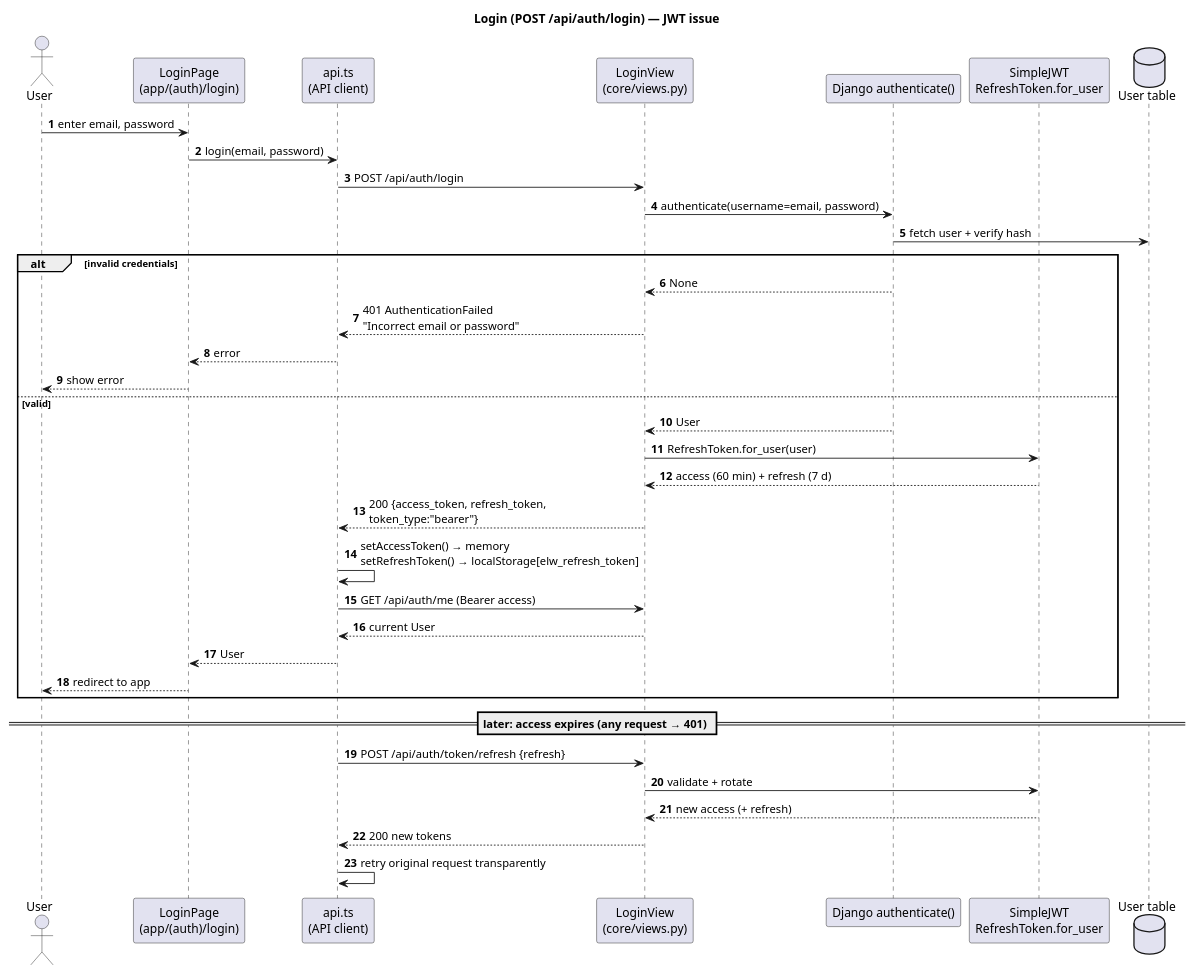
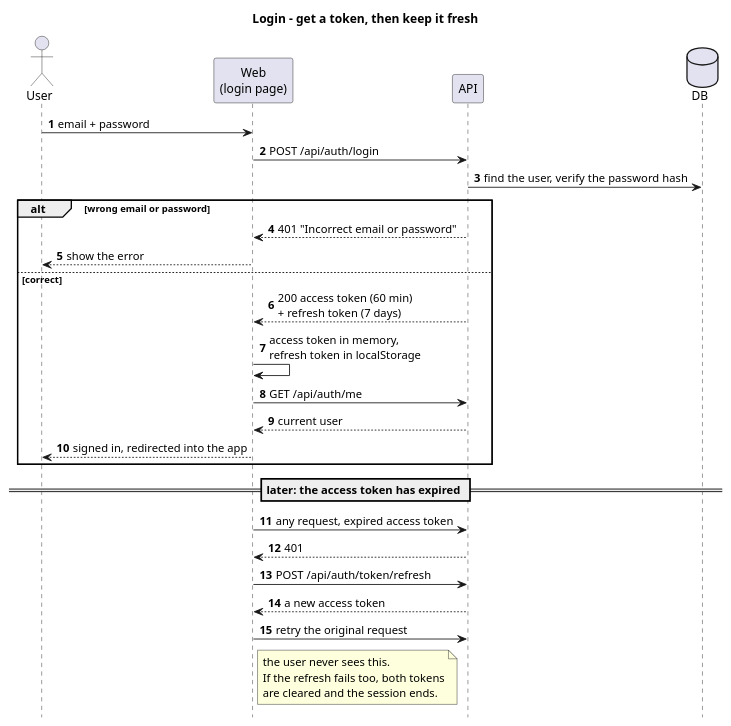
Before and after one commit to KieuTuanPhuong/english_learning_api: the second of 4 diagrams in docs/sequence-diagrams.puml, drawn with PlantUML. The commit also changed other lines of this file and 5 other files, not shown here.

First line of the commit message:
docs: database design, highlight features and sequence diagrams

```diff
--- a/docs/sequence-diagrams.puml
+++ b/docs/sequence-diagrams.puml
@@ -46,41 +38,32 @@
 @startuml login
-title Login (POST /api/auth/login) — JWT issue
+title Login - get a token, then keep it fresh
 autonumber
+hide footbox
 
 actor User
-participant "LoginPage\n(app/(auth)/login)" as Page
-participant "api.ts\n(API client)" as API
-participant "LoginView\n(core/views.py)" as View
-participant "Django authenticate()" as Auth
-participant "SimpleJWT\nRefreshToken.for_user" as JWT
-database "User table" as DB
+participant "Web\n(login page)" as Web
+participant "API" as API
+database DB
 
-User -> Page : enter email, password
-Page -> API : login(email, password)
-API -> View : POST /api/auth/login
-View -> Auth : authenticate(username=email, password)
-Auth -> DB : fetch user + verify hash
-alt invalid credentials
-  Auth --> View : None
-  View --> API : 401 AuthenticationFailed\n"Incorrect email or password"
-  API --> Page : error
-  Page --> User : show error
-else valid
-  Auth --> View : User
-  View -> JWT : RefreshToken.for_user(user)
-  JWT --> View : access (60 min) + refresh (7 d)
-  View --> API : 200 {access_token, refresh_token,\ntoken_type:"bearer"}
-  API -> API : setAccessToken() → memory\nsetRefreshToken() → localStorage[elw_refresh_token]
-  API -> View : GET /api/auth/me (Bearer access)
-  View --> API : current User
-  API --> Page : User
-  Page --> User : redirect to app
+User -> Web : email + password
+Web -> API : POST /api/auth/login
+API -> DB : find the user, verify the password hash
+alt wrong email or password
+  API --> Web : 401 "Incorrect email or password"
+  Web --> User : show the error
+else correct
+  API --> Web : 200 access token (60 min)\n+ refresh token (7 days)
+  Web -> Web : access token in memory,\nrefresh token in localStorage
+  Web -> API : GET /api/auth/me
+  API --> Web : current user
+  Web --> User : signed in, redirected into the app
 end
 
-== later: access expires (any request → 401) ==
-API -> View : POST /api/auth/token/refresh {refresh}
-View -> JWT : validate + rotate
-JWT --> View : new access (+ refresh)
-View --> API : 200 new tokens
-API -> API : retry original request transparently
+== later: the access token has expired ==
+Web -> API : any request, expired access token
+API --> Web : 401
+Web -> API : POST /api/auth/token/refresh
+API --> Web : a new access token
+Web -> API : retry the original request
+note right of Web : the user never sees this.\nIf the refresh fails too, both tokens\nare cleared and the session ends.
 @enduml
```
